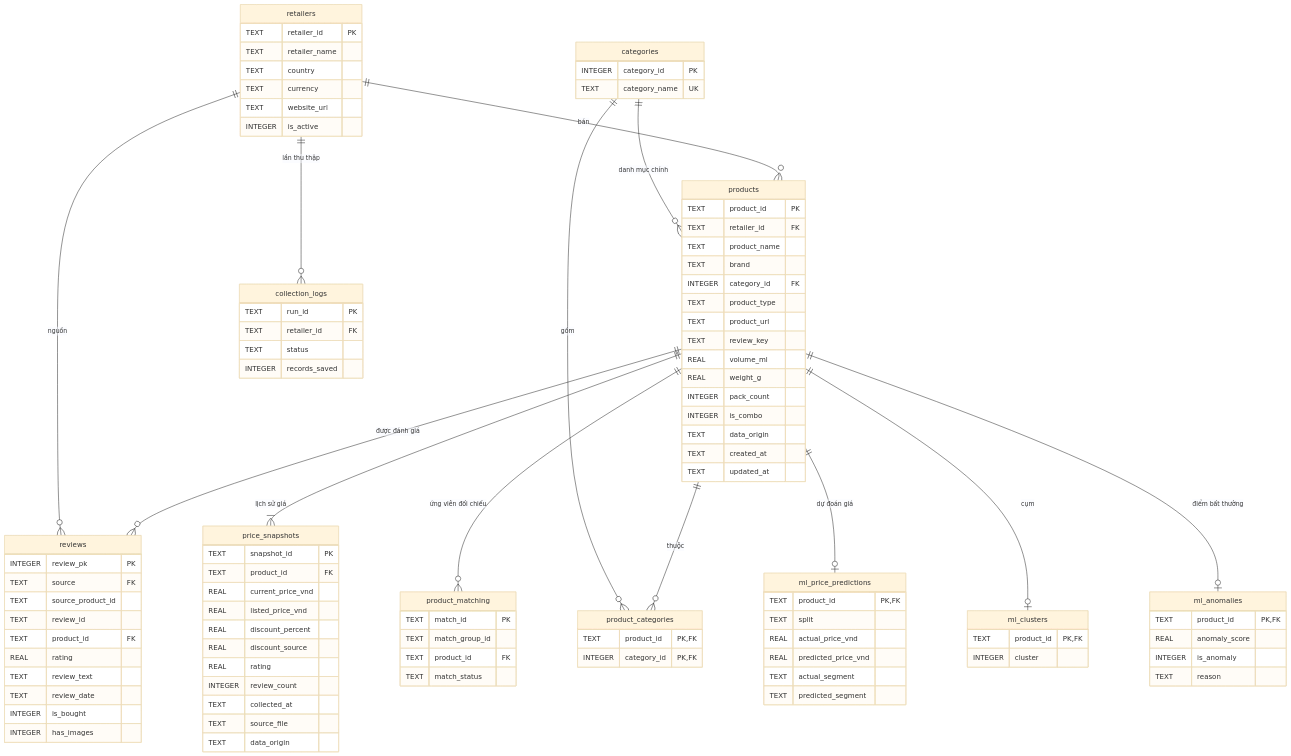
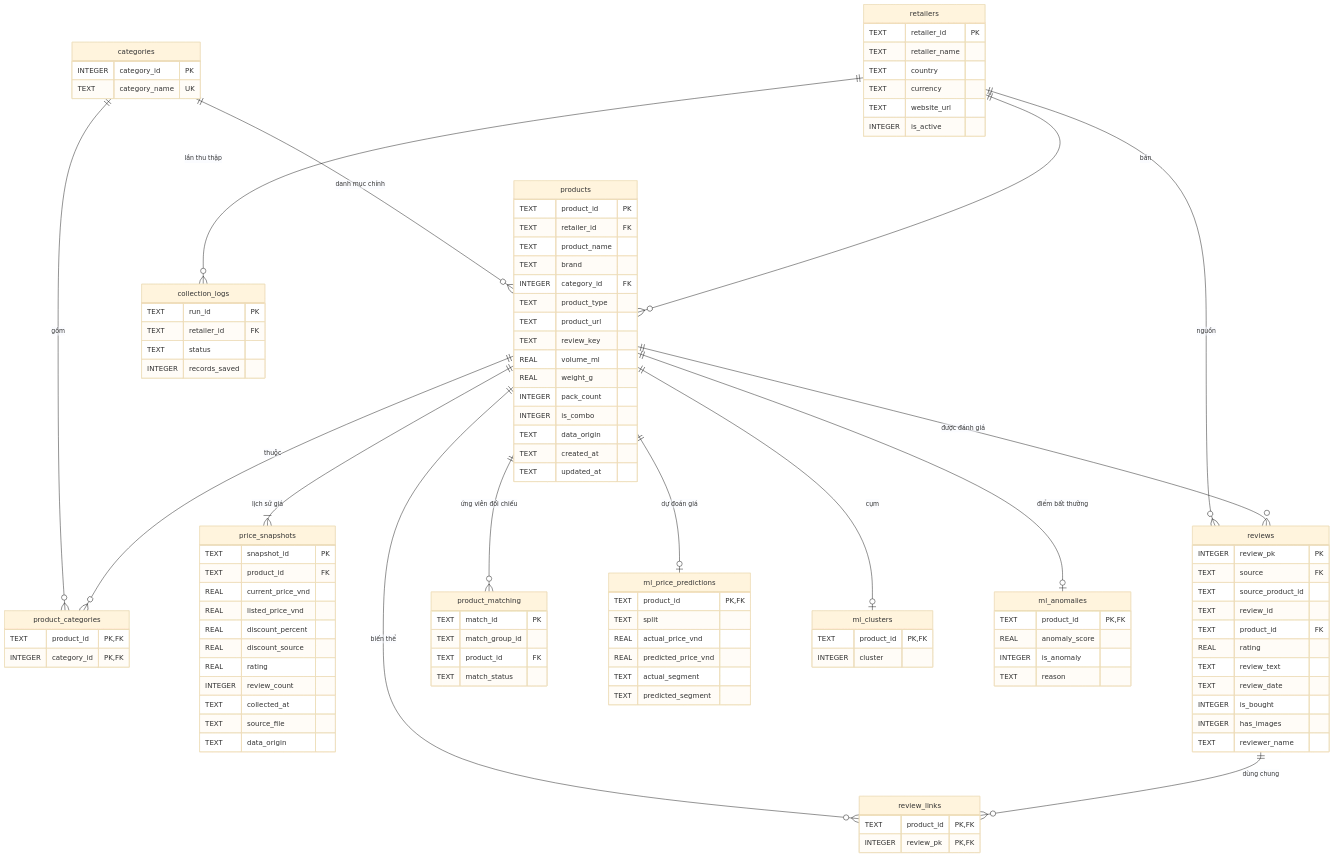
The first of 2 diagrams in reports/THIET_KE_CSDL.md (Mthu06/BEAUTYPRICE_INTELLIGENCE), drawn with Mermaid (base theme) before and after one commit. The commit also changed other lines of this file and 36 other files, not shown here.

```diff
--- a/reports/THIET_KE_CSDL.md
+++ b/reports/THIET_KE_CSDL.md
@@ -25,6 +25,8 @@
     products ||--|{ price_snapshots : "lịch sử giá"
     products ||--o{ reviews : "được đánh giá"
     retailers ||--o{ reviews : "nguồn"
+    reviews ||--o{ review_links : "dùng chung"
+    products ||--o{ review_links : "biến thể"
     retailers ||--o{ collection_logs : "lần thu thập"
     products ||--o{ product_matching : "ứng viên đối chiếu"
     products ||--o| ml_price_predictions : "dự đoán giá"
@@ -88,6 +90,11 @@
         TEXT review_date
         INTEGER is_bought
         INTEGER has_images
+        TEXT reviewer_name
+    }
+    review_links {
+        TEXT product_id PK,FK
+        INTEGER review_pk PK,FK
     }
     collection_logs {
         TEXT run_id PK
```
